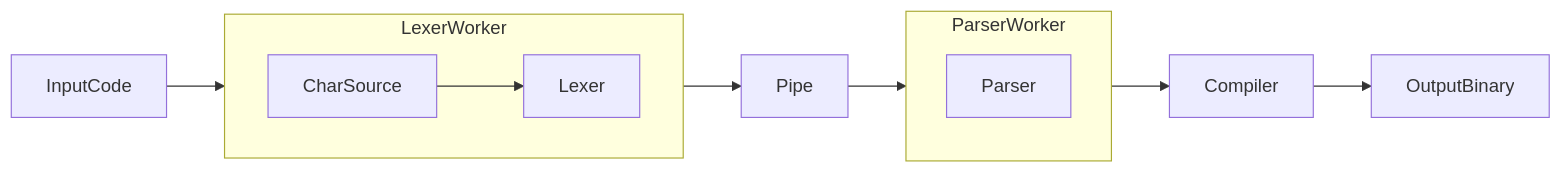
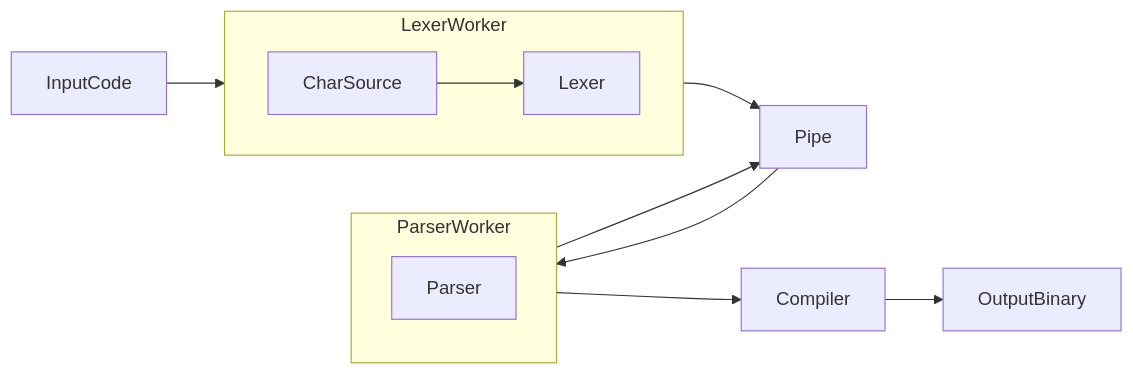
The diagram in README.md (astrophysik/Compiler-Cpm), drawn with Mermaid before and after one commit.

````diff
--- a/README.md
+++ b/README.md
@@ -60,15 +60,16 @@
   ```mermaid
 flowchart LR
     direction TB
     subgraph LexerWorker
         direction LR
         CharSource-->Lexer
     end
     subgraph ParserWorker
         Parser
     end
     InputCode-->LexerWorker
     LexerWorker-->Pipe-->ParserWorker
+    ParserWorker-->Pipe
     ParserWorker-->Compiler
     Compiler-->OutputBinary
 ```
````
